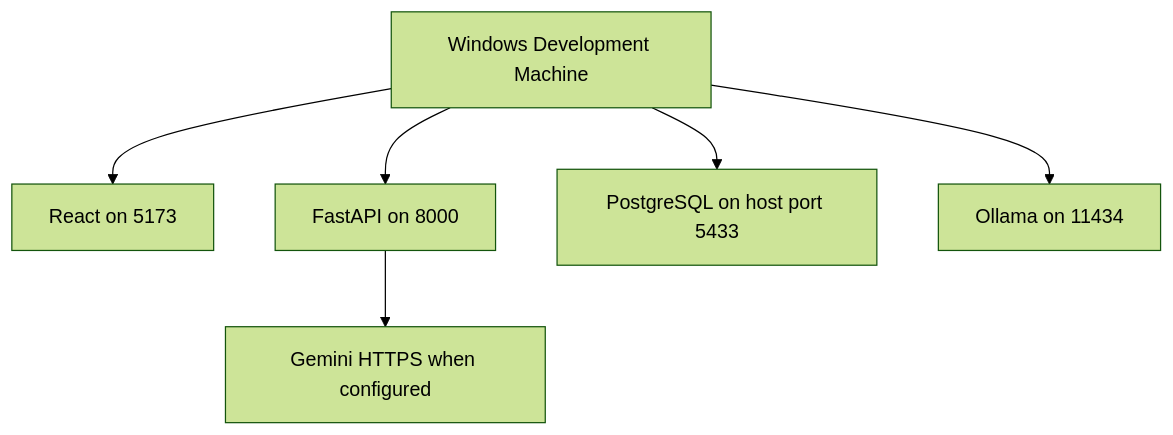
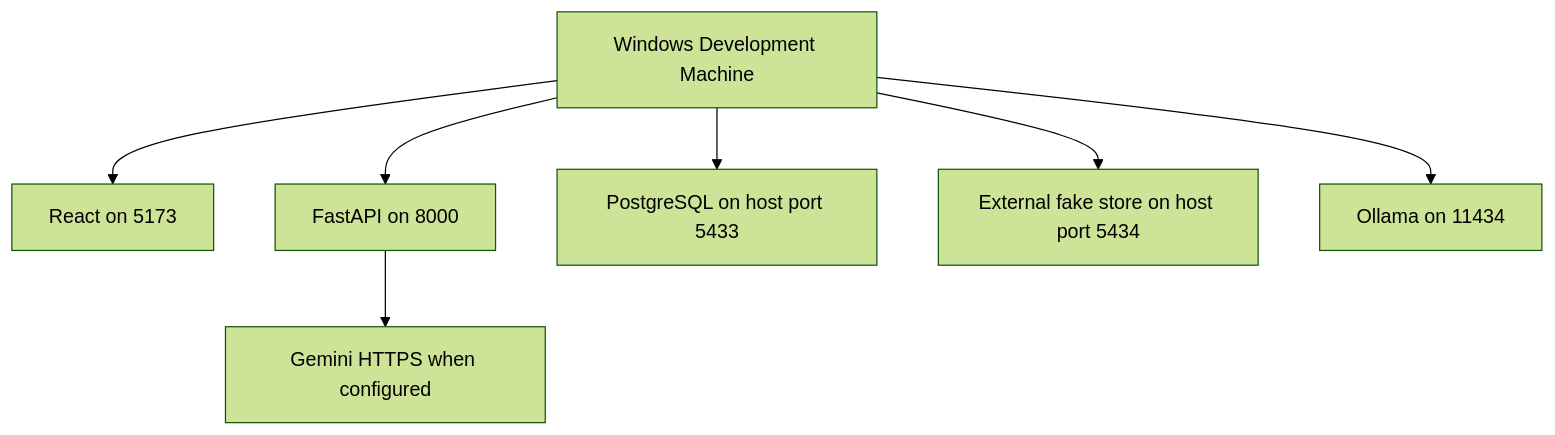
One commit to mohamedwaked05/Sou2-AI changed the fifth of 5 diagrams in ARCHITECTURE.md. Above: the diagram before and after it, drawn with Mermaid (forest theme). The commit also changed other lines of this file and 13 other files, not shown here.

````diff
--- a/ARCHITECTURE.md
+++ b/ARCHITECTURE.md
@@ -498,9 +513,10 @@
 ```mermaid
 flowchart TD
     PC[Windows Development Machine]
     PC --> FE[React on 5173]
     PC --> BE[FastAPI on 8000]
     PC --> PG[PostgreSQL on host port 5433]
+    PC --> FS[External fake store on host port 5434]
     PC --> OL[Ollama on 11434]
     BE --> GM[Gemini HTTPS when configured]
 ```
````
